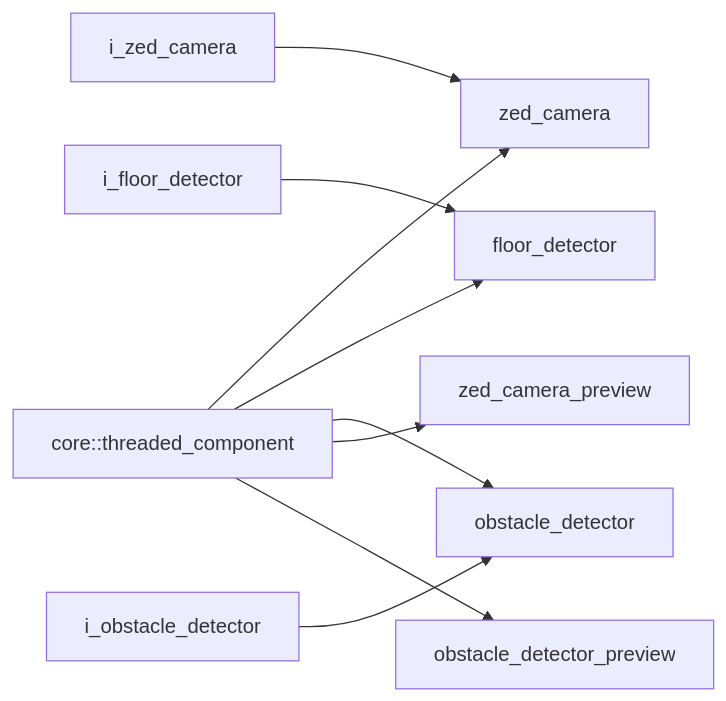
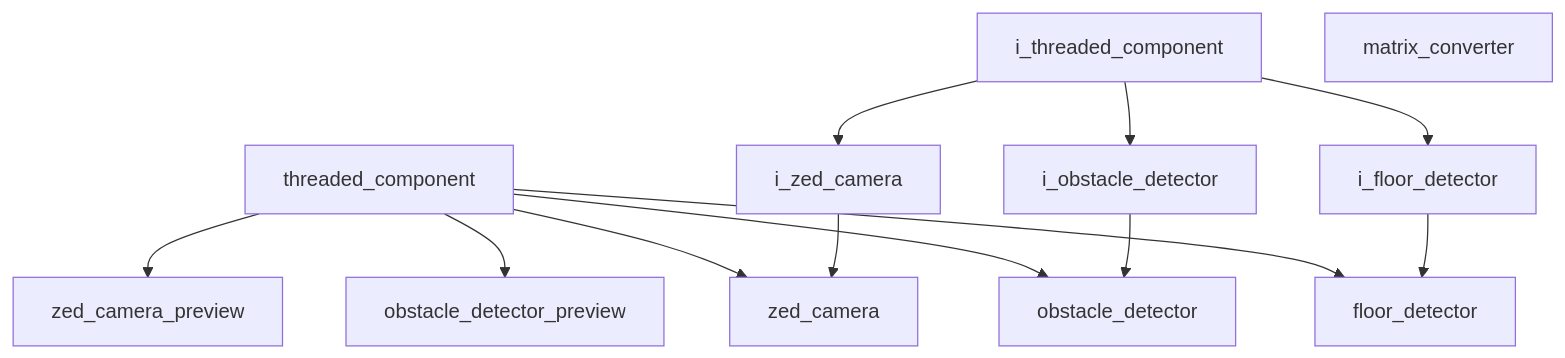
One commit to kasper-szczerba/autonomous_control_system_wiki changed the diagram in docs/codebase/namespaces/vision/index.md. Above: the diagram before and after it, drawn with Mermaid. The commit also changed other lines of this file and 41 other files, not shown here.

````diff
--- a/docs/codebase/namespaces/vision/index.md
+++ b/docs/codebase/namespaces/vision/index.md
@@ -9,21 +26,25 @@
 ```mermaid
-graph LR
-    threaded["core::threaded_component"]
-    i_zed["i_zed_camera"]
-    i_floor["i_floor_detector"]
-    i_obstacle["i_obstacle_detector"]
-    zed["zed_camera"]
-    floor["floor_detector"]
-    obstacle["obstacle_detector"]
-    camera_prev["zed_camera_preview"]
-    obstacle_prev["obstacle_detector_preview"]
-    
-    threaded --> zed
-    i_zed --> zed
-    threaded --> floor
-    i_floor --> floor
-    threaded --> obstacle
-    i_obstacle --> obstacle
-    threaded --> camera_prev
-    threaded --> obstacle_prev
+graph TD
+    C__DEV_Visual_Studio_Projects_fontys_autonomous_control_system_wiki_docs_codebase_namespaces_core_implementation_threaded_component["threaded_component"]
+    C__DEV_Visual_Studio_Projects_fontys_autonomous_control_system_wiki_docs_codebase_namespaces_core_interfaces_i_threaded_component["i_threaded_component"]
+    C__DEV_Visual_Studio_Projects_fontys_autonomous_control_system_wiki_docs_codebase_namespaces_vision_implementation_detection_floor_detector["floor_detector"]
+    C__DEV_Visual_Studio_Projects_fontys_autonomous_control_system_wiki_docs_codebase_namespaces_vision_implementation_detection_obstacle_detector["obstacle_detector"]
+    C__DEV_Visual_Studio_Projects_fontys_autonomous_control_system_wiki_docs_codebase_namespaces_vision_implementation_helpers_matrix_converter["matrix_converter"]
+    C__DEV_Visual_Studio_Projects_fontys_autonomous_control_system_wiki_docs_codebase_namespaces_vision_implementation_previews_obstacle_detector_preview["obstacle_detector_preview"]
+    C__DEV_Visual_Studio_Projects_fontys_autonomous_control_system_wiki_docs_codebase_namespaces_vision_implementation_previews_zed_camera_preview["zed_camera_preview"]
+    C__DEV_Visual_Studio_Projects_fontys_autonomous_control_system_wiki_docs_codebase_namespaces_vision_implementation_zed_camera["zed_camera"]
+    C__DEV_Visual_Studio_Projects_fontys_autonomous_control_system_wiki_docs_codebase_namespaces_vision_interfaces_detection_i_floor_detector["i_floor_detector"]
+    C__DEV_Visual_Studio_Projects_fontys_autonomous_control_system_wiki_docs_codebase_namespaces_vision_interfaces_detection_i_obstacle_detector["i_obstacle_detector"]
+    C__DEV_Visual_Studio_Projects_fontys_autonomous_control_system_wiki_docs_codebase_namespaces_vision_interfaces_i_zed_camera["i_zed_camera"]
+    C__DEV_Visual_Studio_Projects_fontys_autonomous_control_system_wiki_docs_codebase_namespaces_core_implementation_threaded_component --> C__DEV_Visual_Studio_Projects_fontys_autonomous_control_system_wiki_docs_codebase_namespaces_vision_implementation_detection_floor_detector
+    C__DEV_Visual_Studio_Projects_fontys_autonomous_control_system_wiki_docs_codebase_namespaces_core_implementation_threaded_component --> C__DEV_Visual_Studio_Projects_fontys_autonomous_control_system_wiki_docs_codebase_namespaces_vision_implementation_detection_obstacle_detector
+    C__DEV_Visual_Studio_Projects_fontys_autonomous_control_system_wiki_docs_codebase_namespaces_core_implementation_threaded_component --> C__DEV_Visual_Studio_Projects_fontys_autonomous_control_system_wiki_docs_codebase_namespaces_vision_implementation_previews_obstacle_detector_preview
+    C__DEV_Visual_Studio_Projects_fontys_autonomous_control_system_wiki_docs_codebase_namespaces_core_implementation_threaded_component --> C__DEV_Visual_Studio_Projects_fontys_autonomous_control_system_wiki_docs_codebase_namespaces_vision_implementation_previews_zed_camera_preview
+    C__DEV_Visual_Studio_Projects_fontys_autonomous_control_system_wiki_docs_codebase_namespaces_core_implementation_threaded_component --> C__DEV_Visual_Studio_Projects_fontys_autonomous_control_system_wiki_docs_codebase_namespaces_vision_implementation_zed_camera
+    C__DEV_Visual_Studio_Projects_fontys_autonomous_control_system_wiki_docs_codebase_namespaces_core_interfaces_i_threaded_component --> C__DEV_Visual_Studio_Projects_fontys_autonomous_control_system_wiki_docs_codebase_namespaces_vision_interfaces_detection_i_floor_detector
+    C__DEV_Visual_Studio_Projects_fontys_autonomous_control_system_wiki_docs_codebase_namespaces_core_interfaces_i_threaded_component --> C__DEV_Visual_Studio_Projects_fontys_autonomous_control_system_wiki_docs_codebase_namespaces_vision_interfaces_detection_i_obstacle_detector
+    C__DEV_Visual_Studio_Projects_fontys_autonomous_control_system_wiki_docs_codebase_namespaces_core_interfaces_i_threaded_component --> C__DEV_Visual_Studio_Projects_fontys_autonomous_control_system_wiki_docs_codebase_namespaces_vision_interfaces_i_zed_camera
+    C__DEV_Visual_Studio_Projects_fontys_autonomous_control_system_wiki_docs_codebase_namespaces_vision_interfaces_detection_i_floor_detector --> C__DEV_Visual_Studio_Projects_fontys_autonomous_control_system_wiki_docs_codebase_namespaces_vision_implementation_detection_floor_detector
+    C__DEV_Visual_Studio_Projects_fontys_autonomous_control_system_wiki_docs_codebase_namespaces_vision_interfaces_detection_i_obstacle_detector --> C__DEV_Visual_Studio_Projects_fontys_autonomous_control_system_wiki_docs_codebase_namespaces_vision_implementation_detection_obstacle_detector
+    C__DEV_Visual_Studio_Projects_fontys_autonomous_control_system_wiki_docs_codebase_namespaces_vision_interfaces_i_zed_camera --> C__DEV_Visual_Studio_Projects_fontys_autonomous_control_system_wiki_docs_codebase_namespaces_vision_implementation_zed_camera
 ```
````
